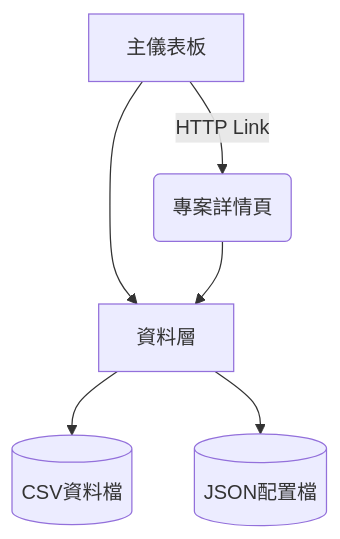
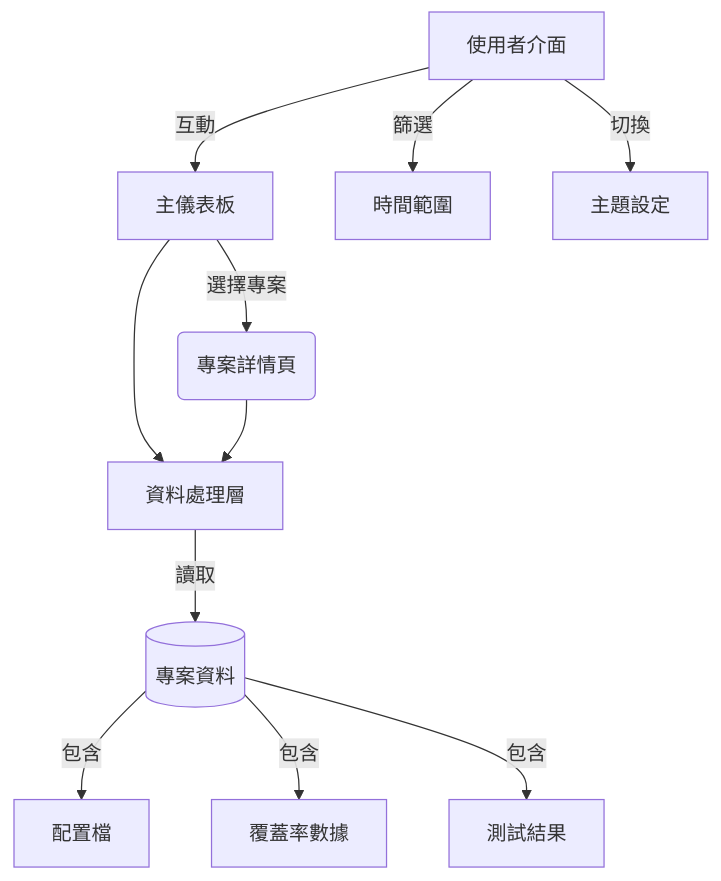
One commit to swchen44/swquality_dashboard changed the first of 2 diagrams in DESIGN.md. Above: the diagram before and after it, drawn with Mermaid. The commit also changed other lines of this file and 7 other files, not shown here.

````diff
--- a/DESIGN.md
+++ b/DESIGN.md
@@ -4,8 +4,13 @@
 ```mermaid
 graph TD
-    A[主儀表板] -->|HTTP Link| B(專案詳情頁)
-    A --> C[資料層]
+    A[主儀表板] -->|選擇專案| B(專案詳情頁)
+    A --> C[資料處理層]
     B --> C
-    C --> D[(CSV資料檔)]
-    C --> E[(JSON配置檔)]
+    C -->|讀取| D[(專案資料)]
+    D -->|包含| E[配置檔]
+    D -->|包含| F[覆蓋率數據]
+    D -->|包含| G[測試結果]
+    H[使用者介面] -->|互動| A
+    H -->|篩選| I[時間範圍]
+    H -->|切換| J[主題設定]
 ```
````
